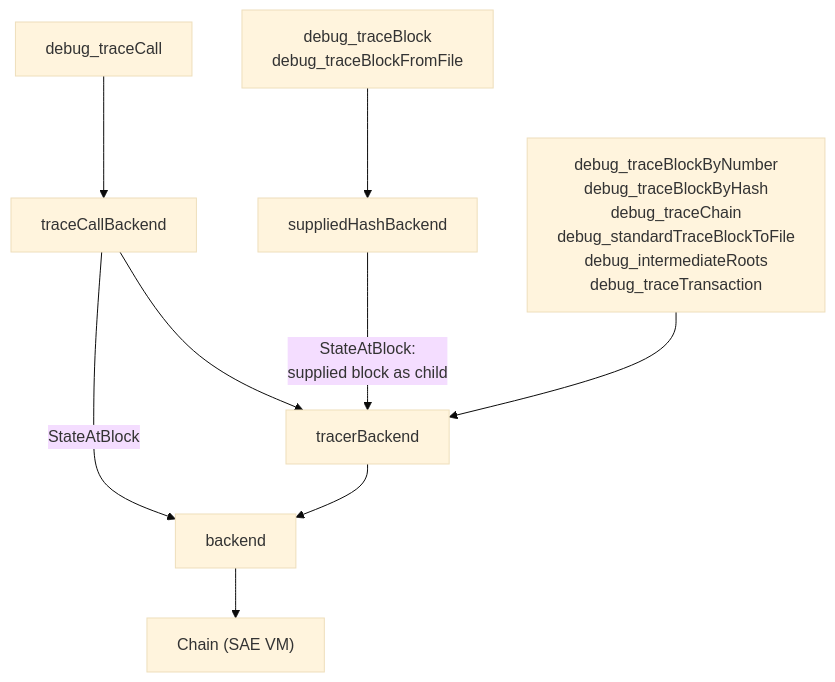
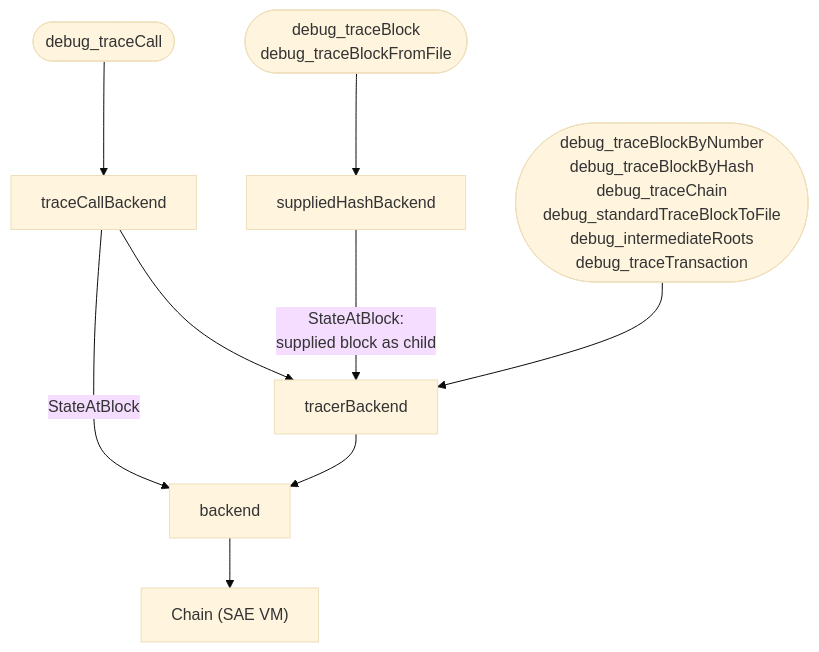
Before and after one commit to ava-labs/avalanchego: the diagram in vms/saevm/sae/rpc/README.md, drawn with Mermaid (base theme). The commit also changed other lines of this file and 6 other files, not shown here.

````diff
--- a/vms/saevm/sae/rpc/README.md
+++ b/vms/saevm/sae/rpc/README.md
@@ -43,12 +42,12 @@
 ```mermaid
 graph TD
-    reseal["debug_traceBlock<br/>debug_traceBlockFromFile"] --> suppliedHashBackend
-    traceCall["debug_traceCall"] --> traceCallBackend
-    canonical["debug_traceBlockByNumber<br/>debug_traceBlockByHash<br/>debug_traceChain<br/>debug_standardTraceBlockToFile<br/>debug_intermediateRoots<br/>debug_traceTransaction"] --> tracerBackend
+    reseal(["debug_traceBlock<br/>debug_traceBlockFromFile"]) --> suppliedHashBackend
+    traceCall(["debug_traceCall"]) --> traceCallBackend
+    canonical(["debug_traceBlockByNumber<br/>debug_traceBlockByHash<br/>debug_traceChain<br/>debug_standardTraceBlockToFile<br/>debug_intermediateRoots<br/>debug_traceTransaction"]) --> tracerBackend
 
     suppliedHashBackend -->|"StateAtBlock:<br/>supplied block as child"| tracerBackend
     traceCallBackend -->|"StateAtBlock"| backend
     traceCallBackend --> tracerBackend
     tracerBackend --> backend
     backend --> chain["Chain (SAE VM)"]
 ```
````
